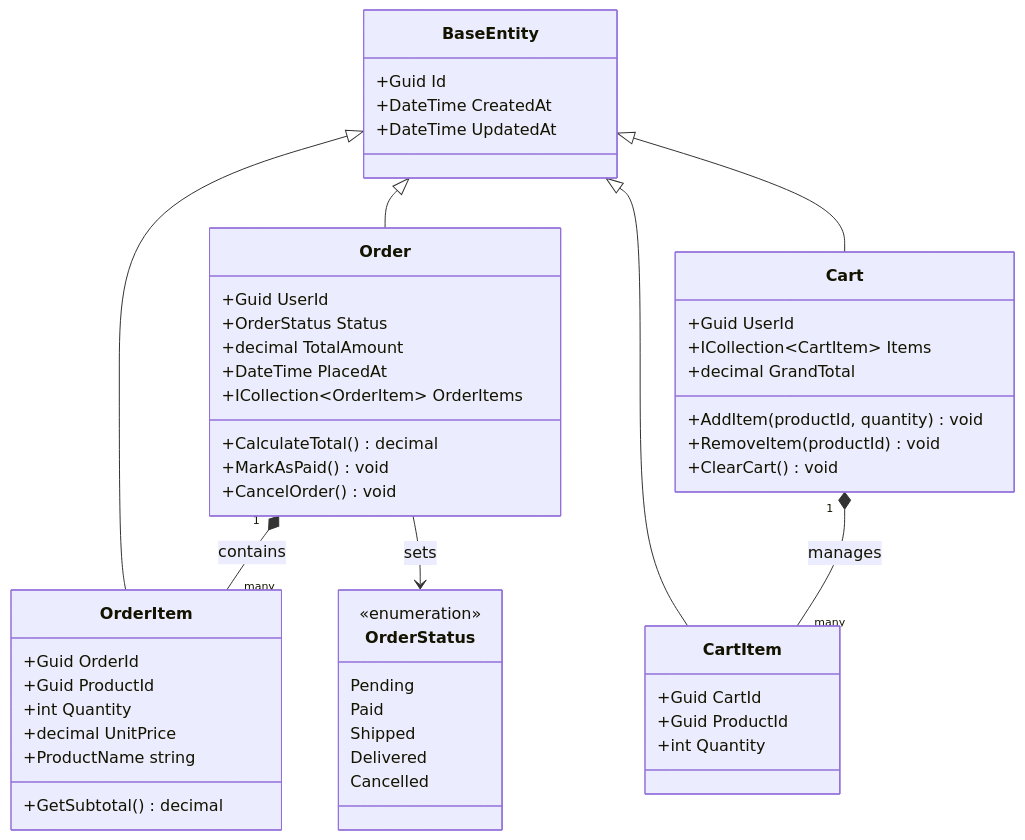
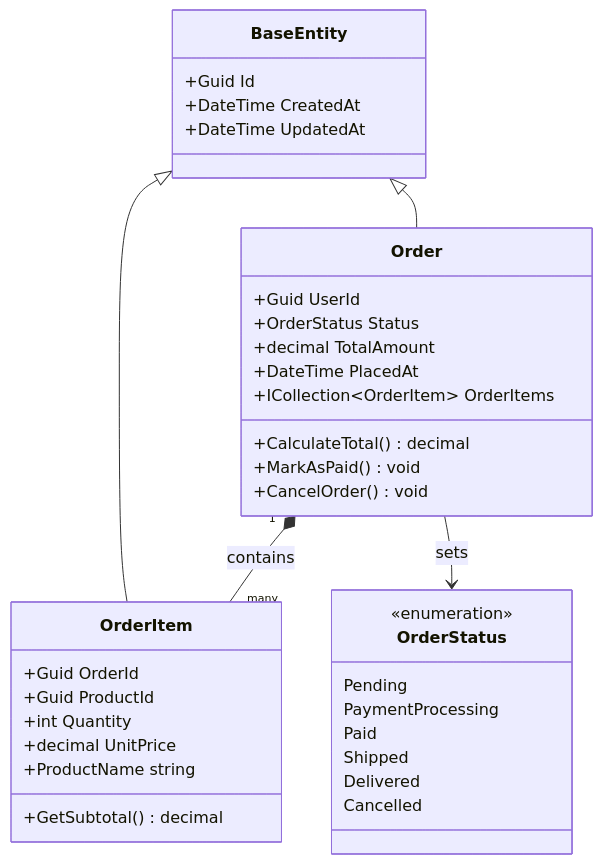
One commit to Kundan12218014/FastTrack-CapShop changed the tenth of 16 diagrams in CapShop/docs/SystemArchitecture.md. Above: the diagram before and after it, drawn with Mermaid. The commit also changed other lines of this file and 95 other files, not shown here.

````diff
--- a/CapShop/docs/SystemArchitecture.md
+++ b/CapShop/docs/SystemArchitecture.md
@@ -375,61 +377,44 @@
 ```mermaid
 classDiagram
     class BaseEntity {
         +Guid Id
         +DateTime CreatedAt
         +DateTime UpdatedAt
     }
 
     class Order {
         +Guid UserId
         +OrderStatus Status
         +decimal TotalAmount
         +DateTime PlacedAt
         +ICollection~OrderItem~ OrderItems
         +CalculateTotal() decimal
         +MarkAsPaid() void
         +CancelOrder() void
     }
 
     class OrderItem {
         +Guid OrderId
         +Guid ProductId
         +int Quantity
         +decimal UnitPrice
         +ProductName string
         +GetSubtotal() decimal
     }
 
-    class Cart {
-        +Guid UserId
-        +ICollection~CartItem~ Items
-        +decimal GrandTotal
-        +AddItem(productId, quantity) void
-        +RemoveItem(productId) void
-        +ClearCart() void
-    }
-
-    class CartItem {
-        +Guid CartId
-        +Guid ProductId
-        +int Quantity
-    }
-
     class OrderStatus {
         <<enumeration>>
         Pending
+        PaymentProcessing
         Paid
         Shipped
         Delivered
         Cancelled
     }
 
     BaseEntity <|-- Order
     BaseEntity <|-- OrderItem
-    BaseEntity <|-- Cart
-    BaseEntity <|-- CartItem
 
     Order "1" *-- "many" OrderItem : contains
     Order --> OrderStatus : sets
-    Cart "1" *-- "many" CartItem : manages
 ```
````
